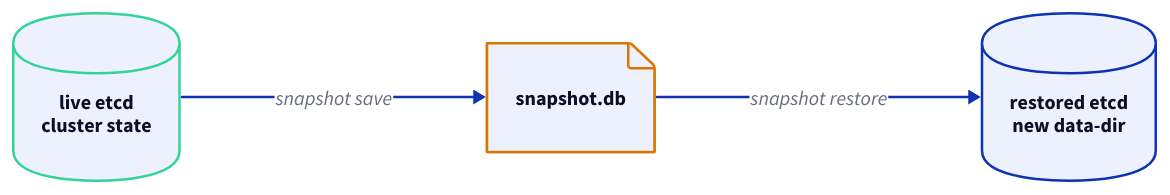
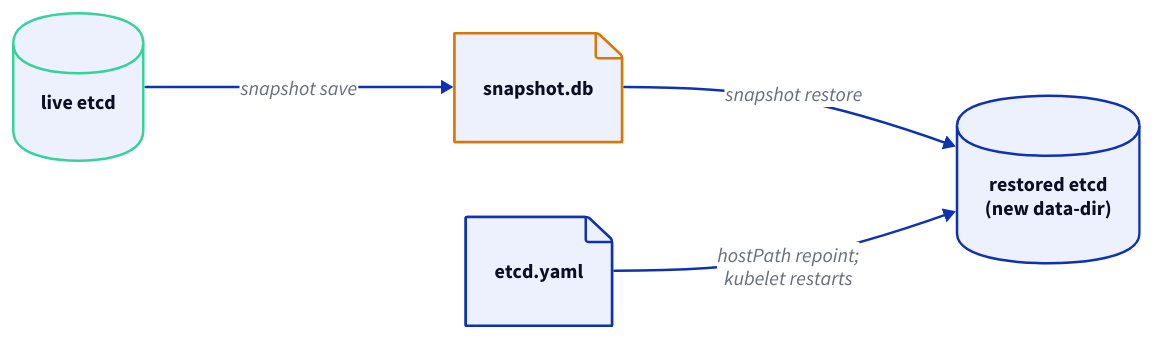
Before and after one commit to michael-duren/rubber-duck: the fourth of 4 diagrams in courses/cka-kubeadm-python.md, drawn with D2. The commit also changed other lines of this file and 29 other files, not shown here.

````diff
--- a/courses/cka-kubeadm-python.md
+++ b/courses/cka-kubeadm-python.md
@@ -972,8 +977,10 @@
 ```d2
 direction: right
-live: "live etcd\ncluster state" {shape: cylinder; style.stroke: "#34d399"; style.stroke-width: 2}
+live: "live etcd" {shape: cylinder; style.stroke: "#34d399"; style.stroke-width: 2}
 snap: "snapshot.db" {shape: page; style.stroke: "#d97706"; style.stroke-width: 2}
-restored: "restored etcd\nnew data-dir" {shape: cylinder}
+restored: "restored etcd\n(new data-dir)" {shape: cylinder}
+manifest: "etcd.yaml" {shape: page}
 live -> snap: "snapshot save"
 snap -> restored: "snapshot restore"
+manifest -> restored: "hostPath repoint;\nkubelet restarts"
 ```
````
